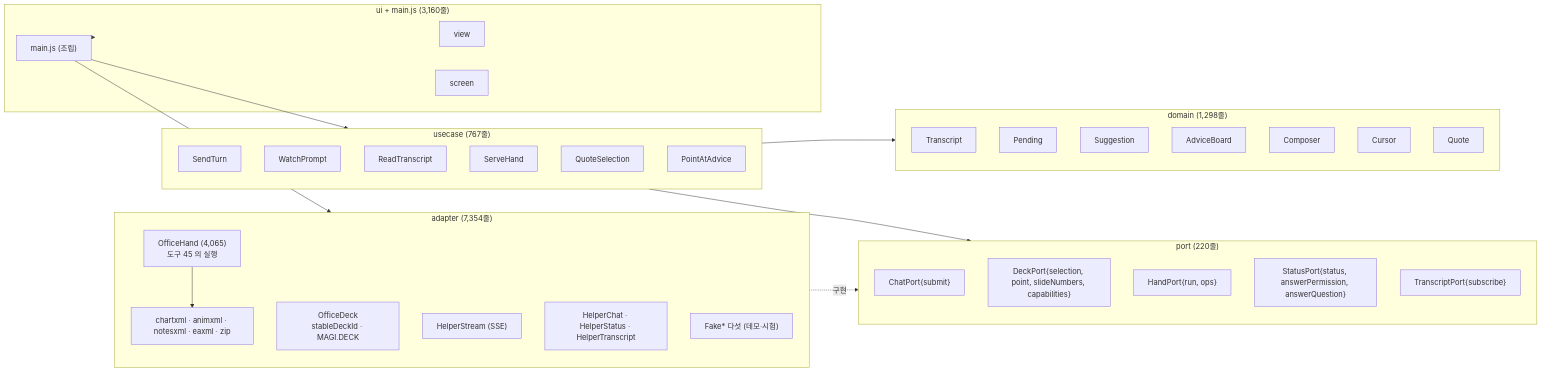
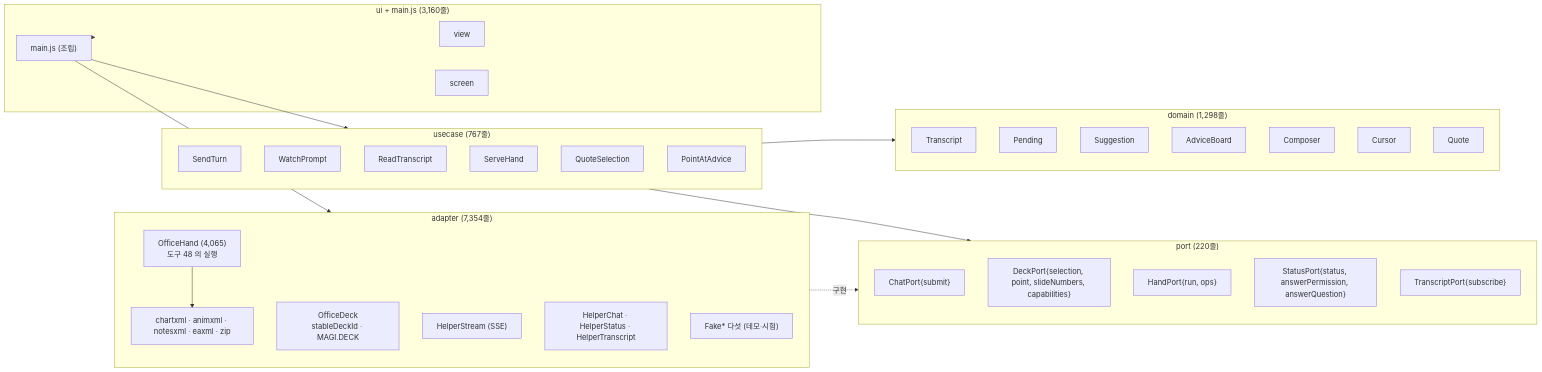
One commit to sayaya1090/magi changed the sixth of 7 diagrams in clients/powerpoint/docs/DIAGRAMS.ko.md. Above: the diagram before and after it, drawn with Mermaid. The commit also changed other lines of this file and 12 other files, not shown here.

````diff
--- a/clients/powerpoint/docs/DIAGRAMS.ko.md
+++ b/clients/powerpoint/docs/DIAGRAMS.ko.md
@@ -213,47 +213,47 @@
 ```mermaid
 flowchart LR
   subgraph domain["domain (1,298줄)"]
     Transcript
     Pending
     Suggestion
     AdviceBoard
     Composer
     Cursor
     Quote
   end
   subgraph port["port (220줄)"]
     ChatPort["ChatPort{submit}"]
     DeckPort["DeckPort{selection, point, slideNumbers, capabilities}"]
     HandPort["HandPort{run, ops}"]
     StatusPort["StatusPort{status, answerPermission, answerQuestion}"]
     TranscriptPort["TranscriptPort{subscribe}"]
   end
   subgraph usecase["usecase (767줄)"]
     SendTurn
     WatchPrompt
     ReadTranscript
     ServeHand
     QuoteSelection
     PointAtAdvice
   end
   subgraph adapter["adapter (7,354줄)"]
-    OfficeHand["OfficeHand (4,065)<br/>도구 45 의 실행"]
+    OfficeHand["OfficeHand (4,065)<br/>도구 48 의 실행"]
     OfficeDeck["OfficeDeck<br/>stableDeckId · MAGI.DECK"]
     HelperStream["HelperStream (SSE)"]
     HelperPorts["HelperChat · HelperStatus · HelperTranscript"]
     ooxml["chartxml · animxml · notesxml · eaxml · zip"]
     Fakes["Fake* 다섯 (데모·시험)"]
   end
   subgraph ui["ui + main.js (3,160줄)"]
     view
     screen
     main["main.js (조립)"]
   end
   usecase --> domain
   usecase --> port
   adapter -.구현.-> port
   OfficeHand --> ooxml
   main --> usecase
   main --> adapter
   main --> ui
 ```
````
